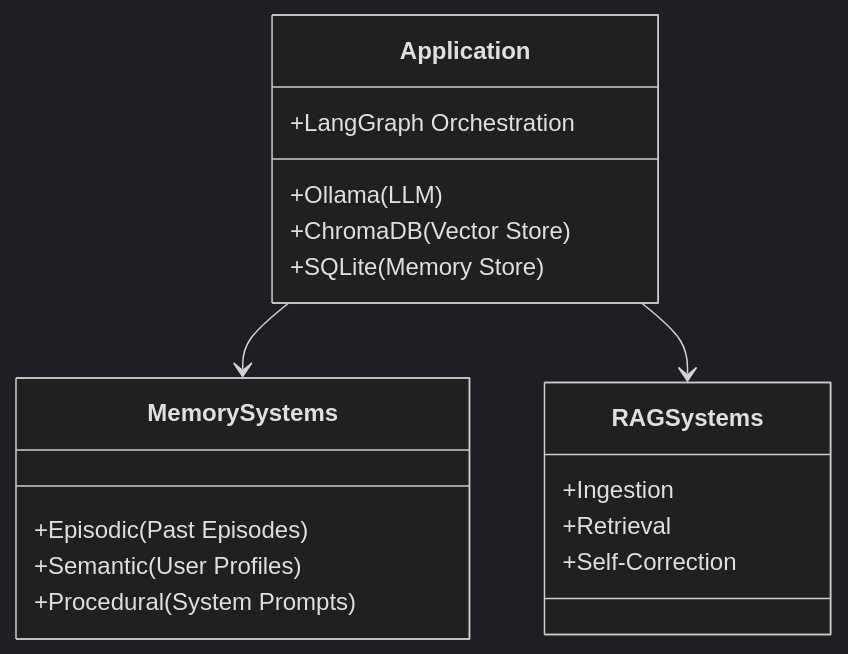
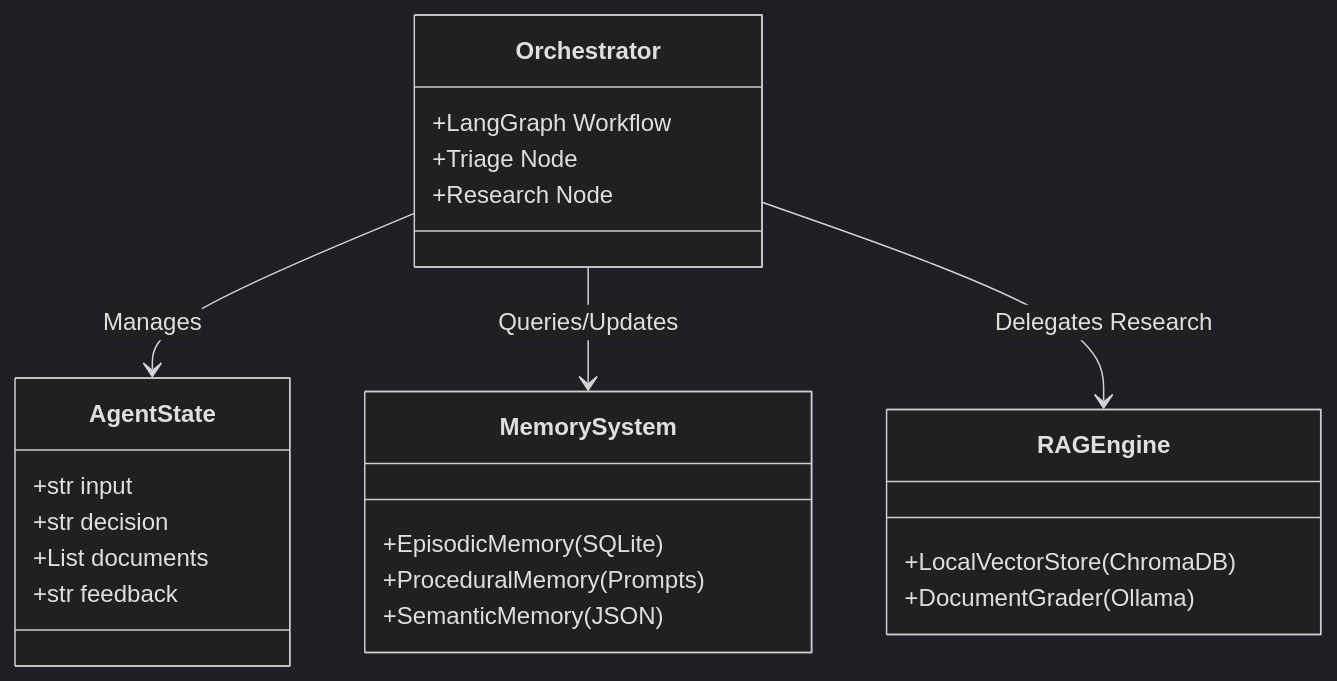
The second of 2 diagrams in README.md (MedAzizAydi080/Agentic-EmailAssitant), drawn with Mermaid (dark theme) before and after one commit. The commit also changed other lines of this file, not shown here.

Commit message:
Refine README graphs and branding

````diff
--- a/README.md
+++ b/README.md
@@ -51,24 +51,31 @@
 ```mermaid
 classDiagram
-    class Application {
-        +LangGraph Orchestration
-        +Ollama (LLM)
-        +ChromaDB (Vector Store)
-        +SQLite (Memory Store)
+    direction TB
+    class AgentState {
+        +str input
+        +str decision
+        +List documents
+        +str feedback
     }
 
-    class MemorySystems {
-        +Episodic (Past Episodes)
-        +Semantic (User Profiles)
-        +Procedural (System Prompts)
+    class MemorySystem {
+        +EpisodicMemory (SQLite)
+        +ProceduralMemory (Prompts)
+        +SemanticMemory (JSON)
     }
 
-    class RAGSystems {
-        +Ingestion
-        +Retrieval
-        +Self-Correction
+    class RAGEngine {
+        +LocalVectorStore (ChromaDB)
+        +DocumentGrader (Ollama)
     }
 
-    Application --> MemorySystems
-    Application --> RAGSystems
+    class Orchestrator {
+        +LangGraph Workflow
+        +Triage Node
+        +Research Node
+    }
+
+    Orchestrator --> AgentState : Manages
+    Orchestrator --> MemorySystem : Queries/Updates
+    Orchestrator --> RAGEngine : Delegates Research
 ```
````
